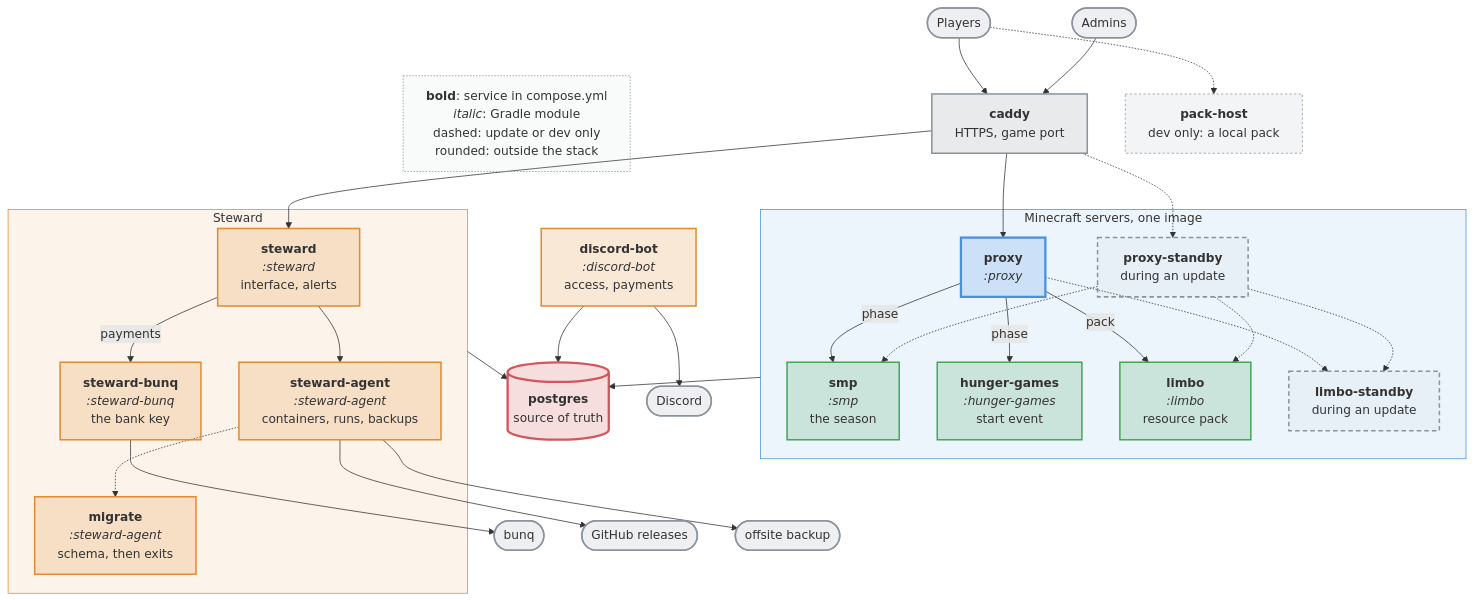
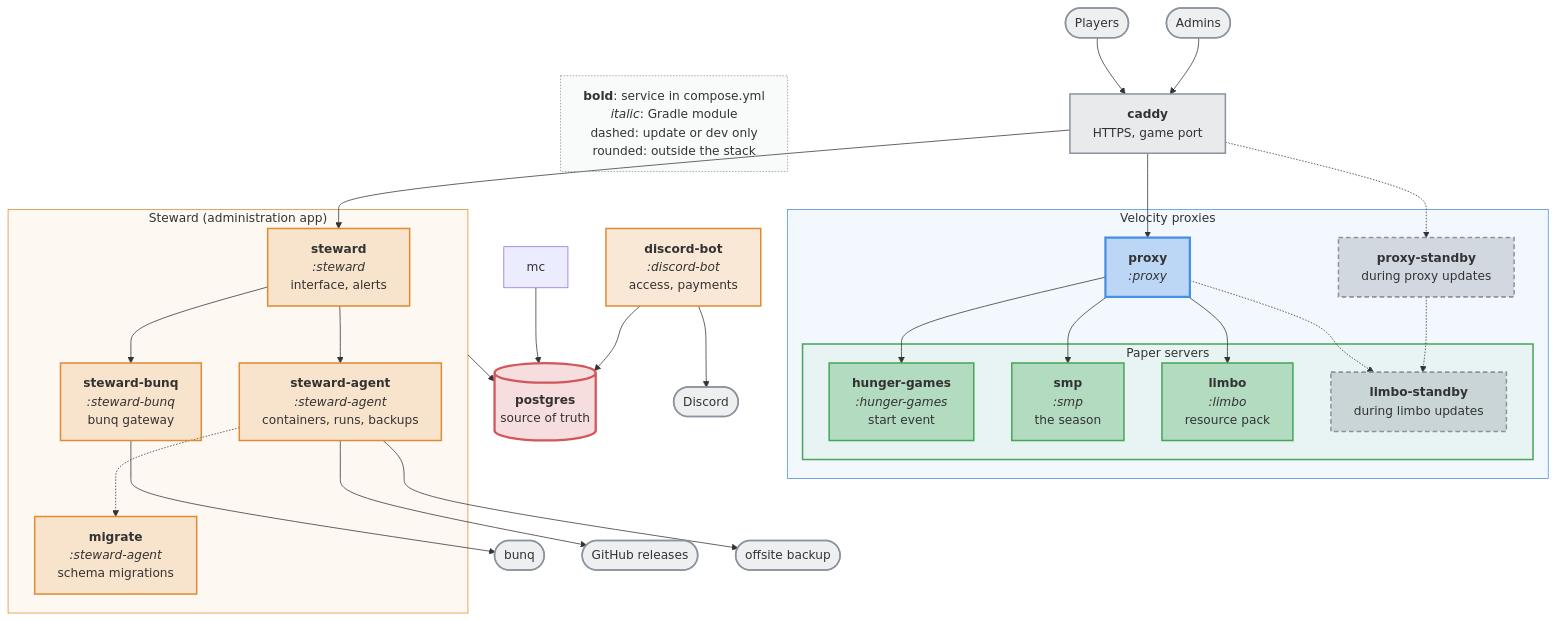
The diagram in README.md (nordtal/season-2), drawn with Mermaid before and after one commit. The commit also changed other lines of this file, not shown here.

Commit message:
docs: change separation of mermaid

````diff
--- a/README.md
+++ b/README.md
@@ -17,70 +17,70 @@
 ```mermaid
 %%{init: {'themeVariables': {'fontSize': '16px'}, 'flowchart': {'wrappingWidth': 240, 'diagramPadding': 8}}}%%
 flowchart TB
     LEG["<b>bold</b>: service in compose.yml<br/><i>italic</i>: Gradle module<br/>dashed: update or dev only<br/>rounded: outside the stack"]:::key
     players(["Players"]):::ext
     admins(["Admins"]):::ext
     CADDY["<b>caddy</b><br/>HTTPS, game port"]:::entry
-    PACK["<b>pack-host</b><br/>dev only: a local pack"]:::side
 
-    subgraph mc["Minecraft servers, one image"]
+    subgraph vlc["Velocity proxies"]
         NC["<b>proxy</b><br/><i>:proxy</i>"]:::proxy
-        NCS["<b>proxy-standby</b><br/>during an update"]:::standby
-        SMP["<b>smp</b><br/><i>:smp</i><br/>the season"]:::paper
-        HG["<b>hunger-games</b><br/><i>:hunger-games</i><br/>start event"]:::paper
-      LIMBO["<b>limbo</b><br/><i>:limbo</i><br/>resource pack"]:::paper
-      LIMBOS["<b>limbo-standby</b><br/>during an update"]:::standby
+        NCS["<b>proxy-standby</b><br/>during proxy updates"]:::standby
+
+        subgraph ppr["Paper servers"]
+            HG["<b>hunger-games</b><br/><i>:hunger-games</i><br/>start event"]:::paper
+            SMP["<b>smp</b><br/><i>:smp</i><br/>the season"]:::paper
+            LIMBO["<b>limbo</b><br/><i>:limbo</i><br/>resource pack"]:::paper
+            LIMBOS["<b>limbo-standby</b><br/>during limbo updates"]:::standby
+        end
     end
 
-    subgraph st["Steward"]
+    subgraph st["Steward (administration app)"]
         UPD["<b>steward</b><br/><i>:steward</i><br/>interface, alerts"]:::app
         DEP["<b>steward-agent</b><br/><i>:steward-agent</i><br/>containers, runs, backups"]:::app
-        BANK["<b>steward-bunq</b><br/><i>:steward-bunq</i><br/>the bank key"]:::app
-        MIG["<b>migrate</b><br/><i>:steward-agent</i><br/>schema, then exits"]:::app
+        BANK["<b>steward-bunq</b><br/><i>:steward-bunq</i><br/>bunq gateway"]:::app
+        MIG["<b>migrate</b><br/><i>:steward-agent</i><br/>schema migrations"]:::app
     end
 
     BOT["<b>discord-bot</b><br/><i>:discord-bot</i><br/>access, payments"]:::app
     PG[("<b>postgres</b><br/>source of truth")]:::db
 
     bunq(["bunq"]):::ext
     discord(["Discord"]):::ext
     gh(["GitHub releases"]):::ext
     offsite(["offsite backup"]):::ext
 
     players --> CADDY
-    players -.-> PACK
     admins --> CADDY
     CADDY --> NC
     CADDY -.-> NCS
     CADDY --> UPD
-    NC -->|"pack"| LIMBO
-    NC -->|"phase"| HG
-    NC -->|"phase"| SMP
+    NC --> LIMBO
+    NC --> HG
+    NC --> SMP
     NC -.-> LIMBOS
-    NCS -.-> LIMBOS
-    NCS -.-> LIMBO
-    NCS -.-> SMP
+    NCS -.->  LIMBOS
     UPD --> DEP
-    UPD -->|"payments"| BANK
+    UPD --> BANK
     BANK --> bunq
     DEP -.-> MIG
     DEP --> gh
     DEP --> offsite
     LEG ~~~ BOT
     BOT --> discord
     mc --> PG
     BOT --> PG
     st --> PG
 
     classDef key fill:#8b949e0d,stroke:#8b949e,stroke-width:1px,stroke-dasharray:2 2
     classDef ext fill:#8b949e26,stroke:#8b949e,stroke-width:2px
     classDef entry fill:#8b949e33,stroke:#8b949e,stroke-width:2px
-    classDef proxy fill:#4a90e233,stroke:#4a90e2,stroke-width:3px
-    classDef paper fill:#46a75833,stroke:#46a758,stroke-width:2px
-    classDef standby fill:#8b949e0d,stroke:#8b949e,stroke-width:2px,stroke-dasharray:6 4
+    classDef proxy fill:#4a90e253,stroke:#4a90e2,stroke-width:3px
+    classDef paper fill:#46a75853,stroke:#46a758,stroke-width:2px
+    classDef standby fill:#8b949e53,stroke:#8b949e,stroke-width:2px,stroke-dasharray:6 4
     classDef app fill:#e08c3433,stroke:#e08c34,stroke-width:2px
     classDef db fill:#d2565b33,stroke:#d2565b,stroke-width:3px
     classDef side fill:#8b949e1a,stroke:#8b949e,stroke-width:1px,stroke-dasharray:3 3
-    style mc fill:#4a90e21a,stroke:#4a90e2,stroke-width:1px
-    style st fill:#e08c341a,stroke:#e08c34,stroke-width:1px
+    style vlc fill:#4a90e210,stroke:#4a90e2,stroke-width:1px
+    style ppr fill:#46a75810,stroke:#46a758,stroke-width:2px
+    style st fill:#e08c3410,stroke:#e08c34,stroke-width:1px
 ```
````
